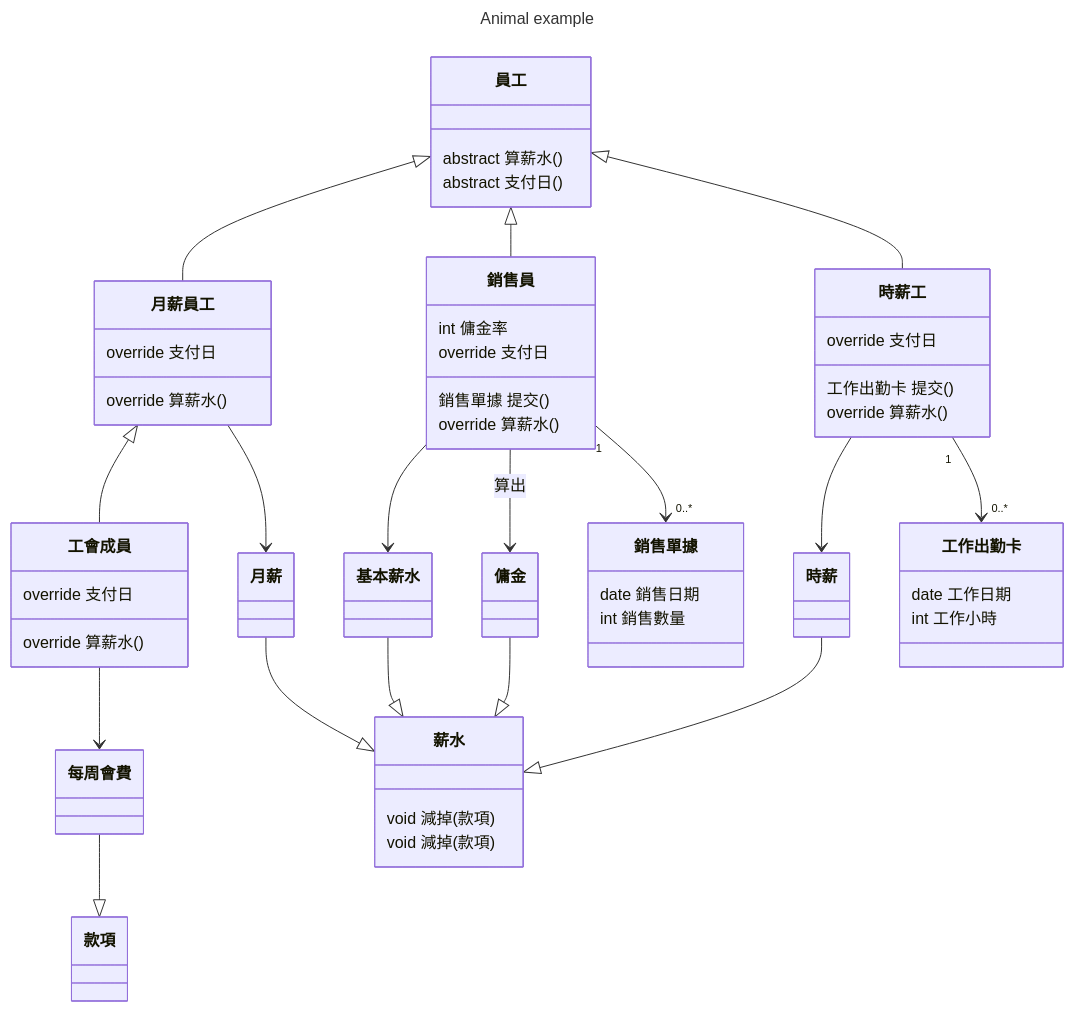
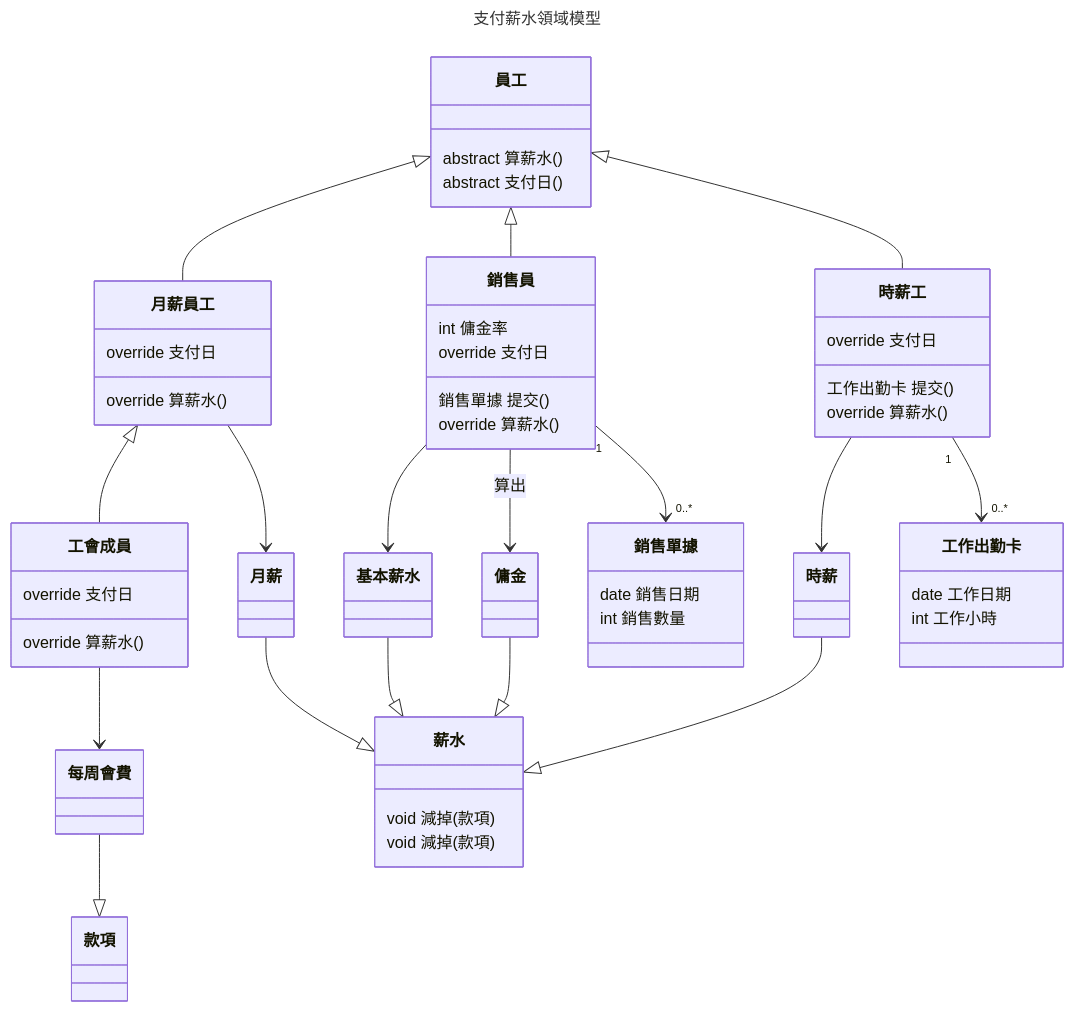
Before and after one commit to MSIT12806/OOP-Practice: the sixth of 6 diagrams in README.md, drawn with Mermaid.

Commit message:
UML 完成

````diff
--- a/README.md
+++ b/README.md
@@ -589,6 +589,6 @@
 ``` mermaid
 ---
-title: Animal example
+title: 支付薪水領域模型
 ---
 classDiagram 
     
````
